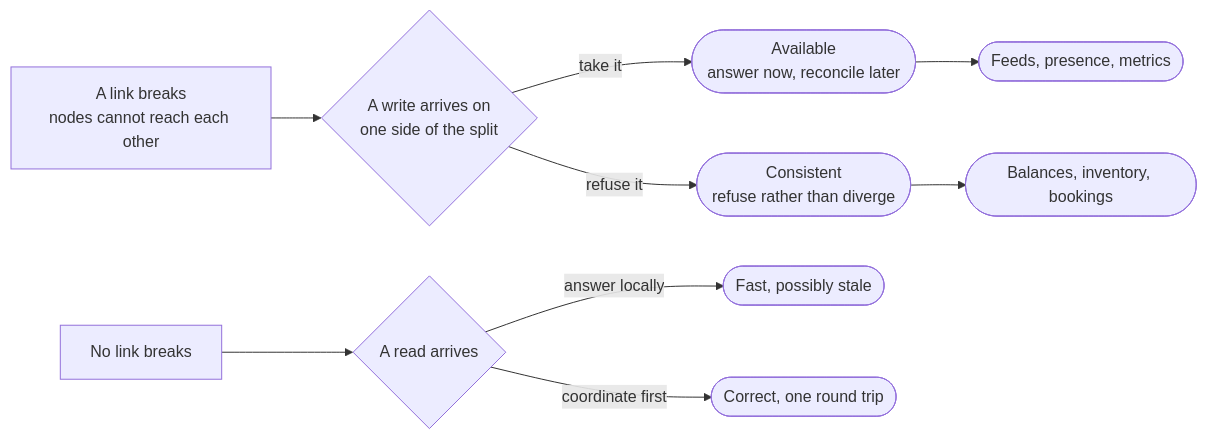
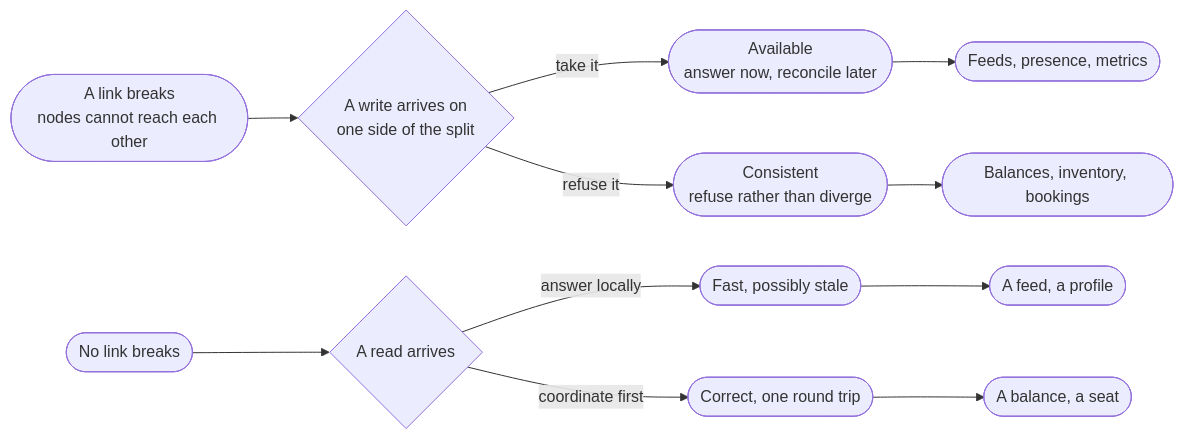
Before and after one commit to Laticent/lattice: the sixth of 19 diagrams in examples/system-design-foundations.md, drawn with Mermaid. The commit also changed other lines of this file and 1 other file, not shown here.

````diff
--- a/examples/system-design-foundations.md
+++ b/examples/system-design-foundations.md
@@ -1013,11 +1014,13 @@
 ```mermaid
 flowchart LR
-  N["A link breaks<br/>nodes cannot reach each other"] --> C{"A write arrives on<br/>one side of the split"}
+  N(["A link breaks<br/>nodes cannot reach each other"]) --> C{"A write arrives on<br/>one side of the split"}
   C -->|"take it"| AP(["Available<br/>answer now, reconcile later"])
   C -->|"refuse it"| CP(["Consistent<br/>refuse rather than diverge"])
   AP --> APC(["Feeds, presence, metrics"])
   CP --> CPC(["Balances, inventory, bookings"])
-  N2["No link breaks"] --> C2{"A read arrives"}
+  N2(["No link breaks"]) --> C2{"A read arrives"}
   C2 -->|"answer locally"| L1(["Fast, possibly stale"])
   C2 -->|"coordinate first"| L2(["Correct, one round trip"])
+  L1 --> L1C(["A feed, a profile"])
+  L2 --> L2C(["A balance, a seat"])
 ```
````
